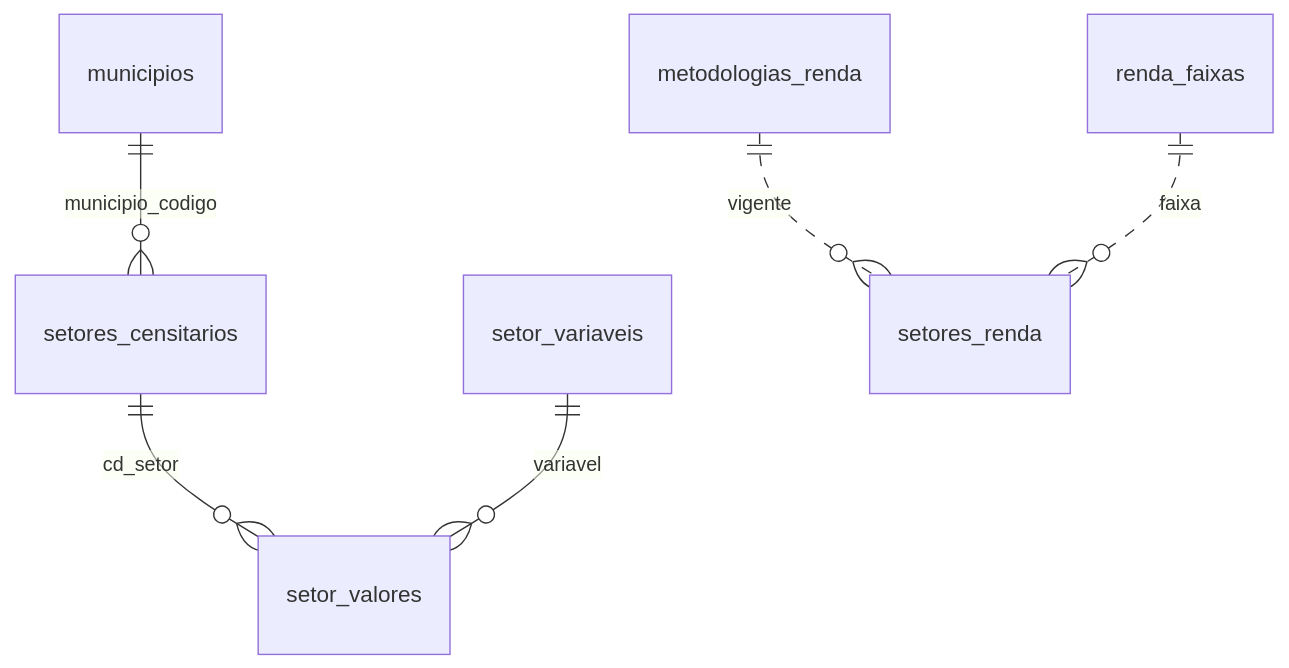
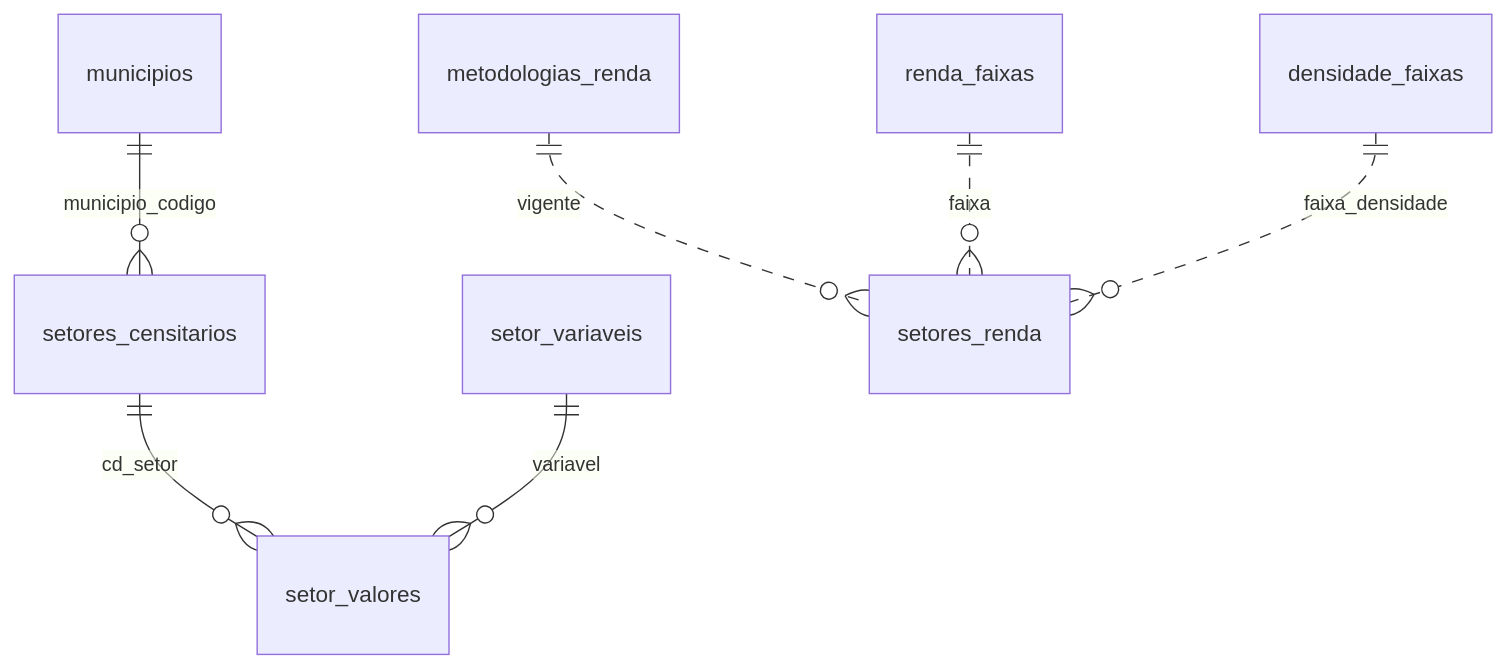
Before and after one commit to Mbekerman/bkm_terrenos-claude: the fourth of 6 diagrams in docs/modelo.md, drawn with Mermaid. The commit also changed other lines of this file and 13 other files, not shown here.

````diff
--- a/docs/modelo.md
+++ b/docs/modelo.md
@@ -602,8 +602,9 @@
 ```mermaid
 erDiagram
   municipios ||--o{ setores_censitarios : "municipio_codigo"
   setores_censitarios ||--o{ setor_valores : "cd_setor"
   setor_variaveis ||--o{ setor_valores : "variavel"
   metodologias_renda ||..o{ setores_renda : "vigente"
   renda_faixas ||..o{ setores_renda : "faixa"
+  densidade_faixas ||..o{ setores_renda : "faixa_densidade"
 ```
````
